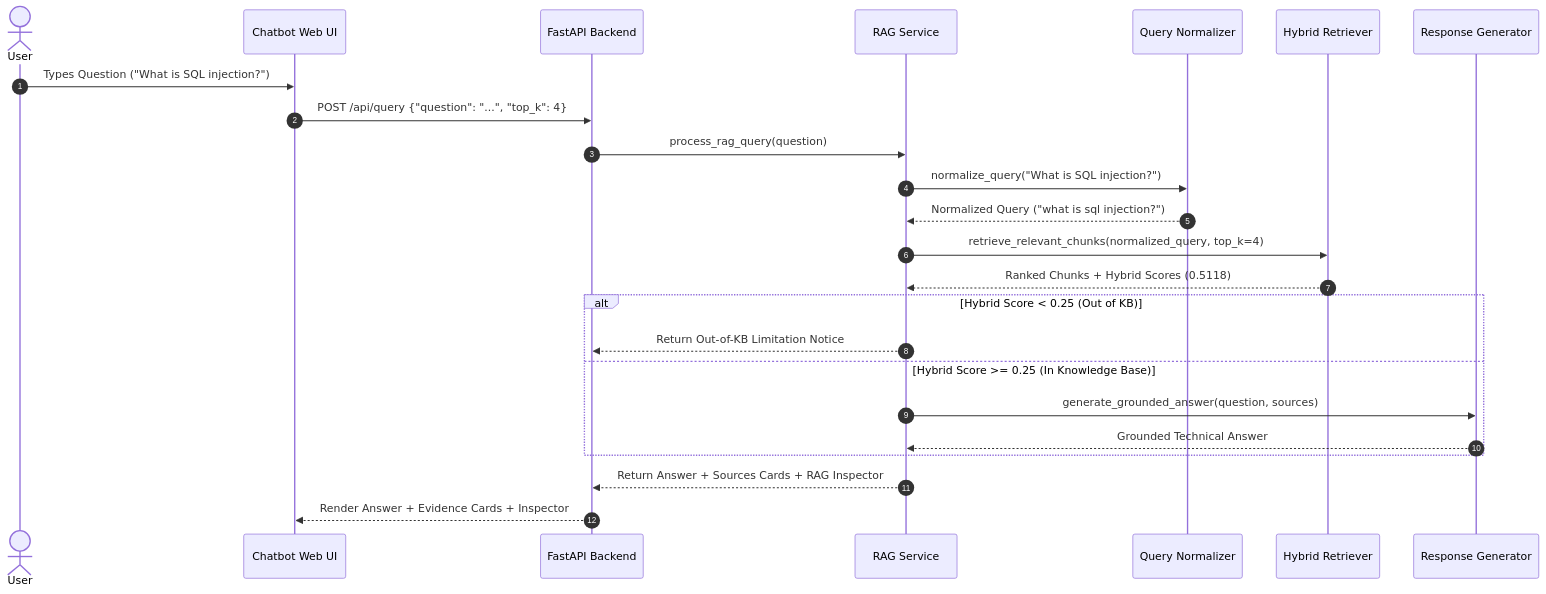
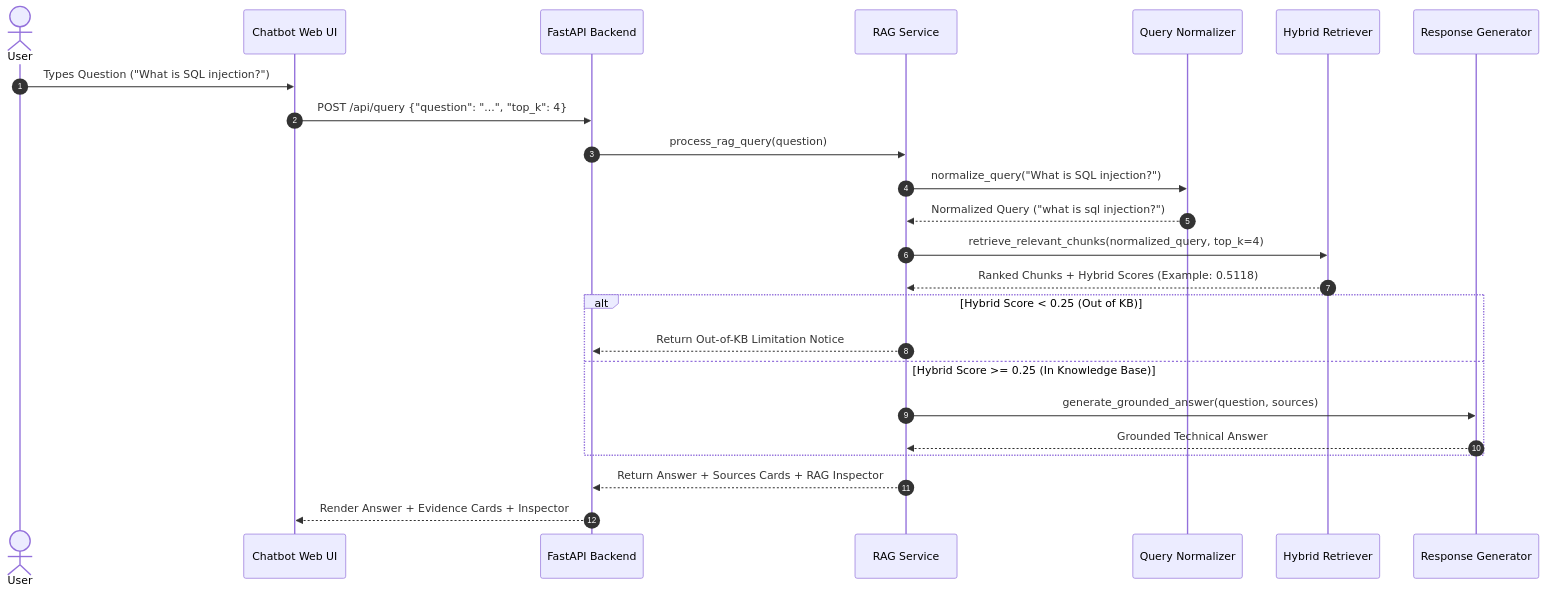
The fourth of 6 diagrams in AGENTIC_AI_LAB_COMPLETE_GUIDE.md (Vaishnav53/Applied-Agentic-AI-Lab-Experiments), drawn with Mermaid before and after one commit. The commit also changed other lines of this file and 1 other file, not shown here.

````diff
--- a/AGENTIC_AI_LAB_COMPLETE_GUIDE.md
+++ b/AGENTIC_AI_LAB_COMPLETE_GUIDE.md
@@ -625,27 +631,27 @@
 ```mermaid
 sequenceDiagram
     autonumber
     actor User
     participant UI as Chatbot Web UI
     participant API as FastAPI Backend
     participant RAG as RAG Service
     participant Norm as Query Normalizer
     participant Ret as Hybrid Retriever
     participant LLM as Response Generator
 
     User->>UI: Types Question ("What is SQL injection?")
     UI->>API: POST /api/query {"question": "...", "top_k": 4}
     API->>RAG: process_rag_query(question)
     RAG->>Norm: normalize_query("What is SQL injection?")
     Norm-->>RAG: Normalized Query ("what is sql injection?")
     RAG->>Ret: retrieve_relevant_chunks(normalized_query, top_k=4)
-    Ret-->>RAG: Ranked Chunks + Hybrid Scores (0.5118)
+    Ret-->>RAG: Ranked Chunks + Hybrid Scores (Example: 0.5118)
     alt Hybrid Score < 0.25 (Out of KB)
         RAG-->>API: Return Out-of-KB Limitation Notice
     else Hybrid Score >= 0.25 (In Knowledge Base)
         RAG->>LLM: generate_grounded_answer(question, sources)
         LLM-->>RAG: Grounded Technical Answer
     end
     RAG-->>API: Return Answer + Sources Cards + RAG Inspector
     API-->>UI: Render Answer + Evidence Cards + Inspector
 ```
````
